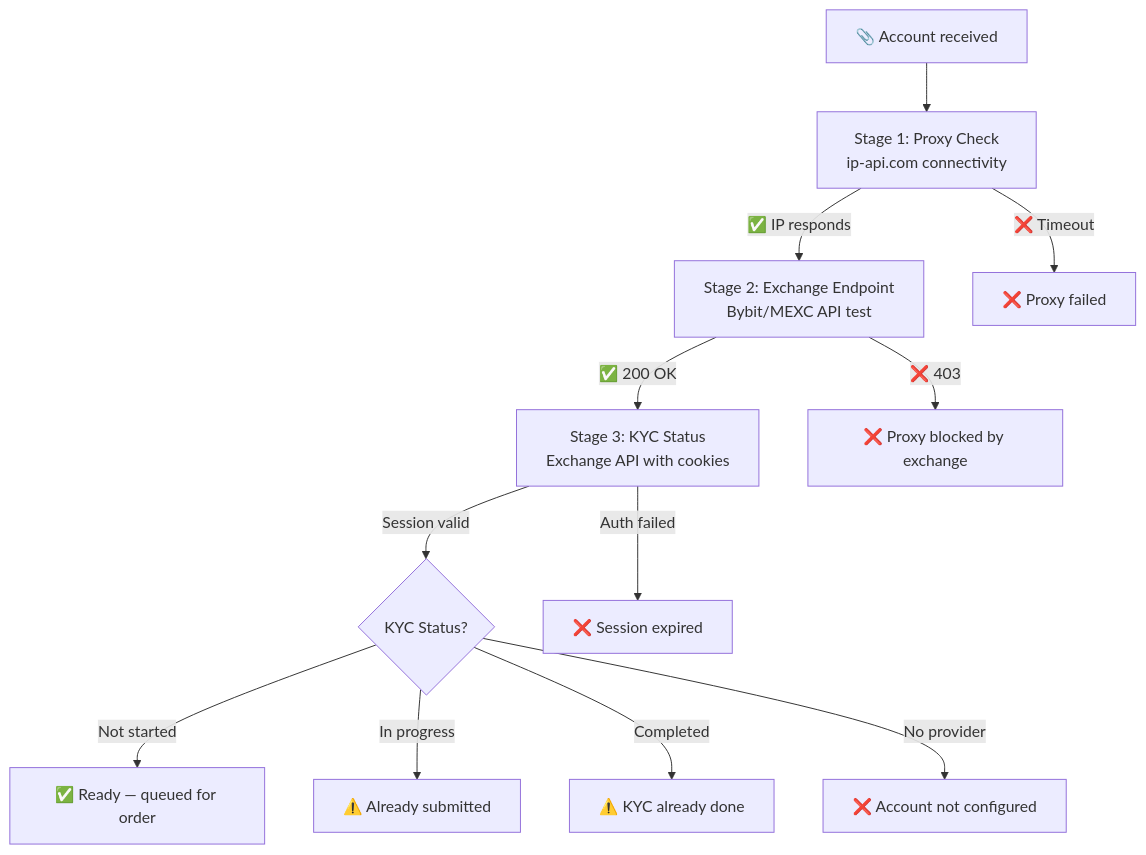
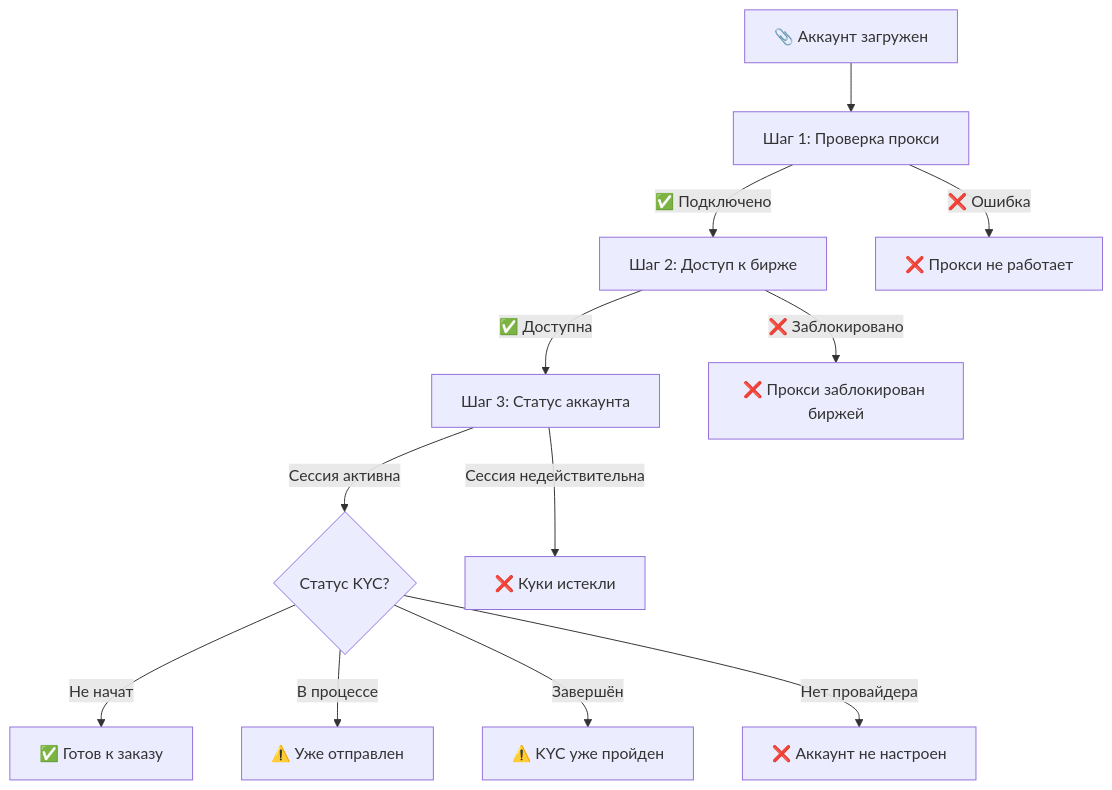
Before and after one commit to AutoPilotSoftware/docs: the third of 8 diagrams in src/content/docs/pilot-faq.md, drawn with Mermaid. The commit also changed other lines of this file and 2 other files, not shown here.

First line of the commit message:
Simplify and localize all pilot-faq diagrams across RU/EN/UA

````diff
--- a/src/content/docs/pilot-faq.md
+++ b/src/content/docs/pilot-faq.md
@@ -219,18 +215,18 @@
 ```mermaid
 flowchart TD
-    A["📎 Account received"] --> B["Stage 1: Proxy Check\nip-api.com connectivity"]
+    A["📎 Аккаунт загружен"] --> B["Шаг 1: Проверка прокси"]
 
-    B -->|"✅ IP responds"| C["Stage 2: Exchange Endpoint\nBybit/MEXC API test"]
-    B -->|"❌ Timeout"| X1["❌ Proxy failed"]
+    B -->|"✅ Подключено"| C["Шаг 2: Доступ к бирже"]
+    B -->|"❌ Ошибка"| X1["❌ Прокси не работает"]
 
-    C -->|"✅ 200 OK"| D["Stage 3: KYC Status\nExchange API with cookies"]
-    C -->|"❌ 403"| X2["❌ Proxy blocked by exchange"]
+    C -->|"✅ Доступна"| D["Шаг 3: Статус аккаунта"]
+    C -->|"❌ Заблокировано"| X2["❌ Прокси заблокирован биржей"]
 
-    D -->|"Session valid"| E{"KYC Status?"}
-    D -->|"Auth failed"| X3["❌ Session expired"]
+    D -->|"Сессия активна"| E{"Статус KYC?"}
+    D -->|"Сессия недействительна"| X3["❌ Куки истекли"]
 
-    E -->|"Not started"| F["✅ Ready — queued for order"]
-    E -->|"In progress"| G["⚠️ Already submitted"]
-    E -->|"Completed"| H["⚠️ KYC already done"]
-    E -->|"No provider"| X4["❌ Account not configured"]
+    E -->|"Не начат"| F["✅ Готов к заказу"]
+    E -->|"В процессе"| G["⚠️ Уже отправлен"]
+    E -->|"Завершён"| H["⚠️ KYC уже пройден"]
+    E -->|"Нет провайдера"| X4["❌ Аккаунт не настроен"]
 ```
````
